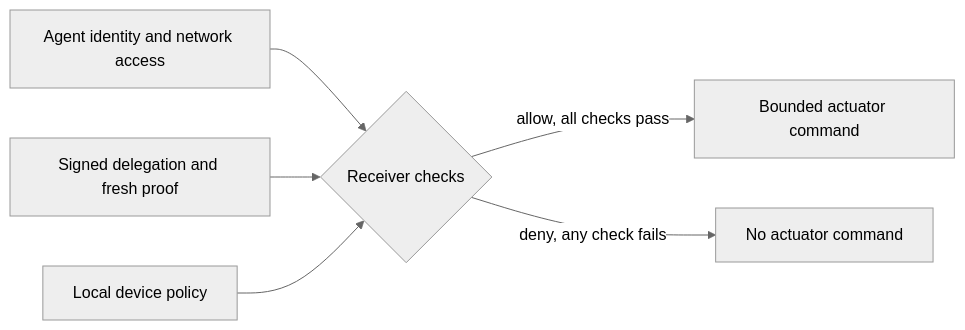
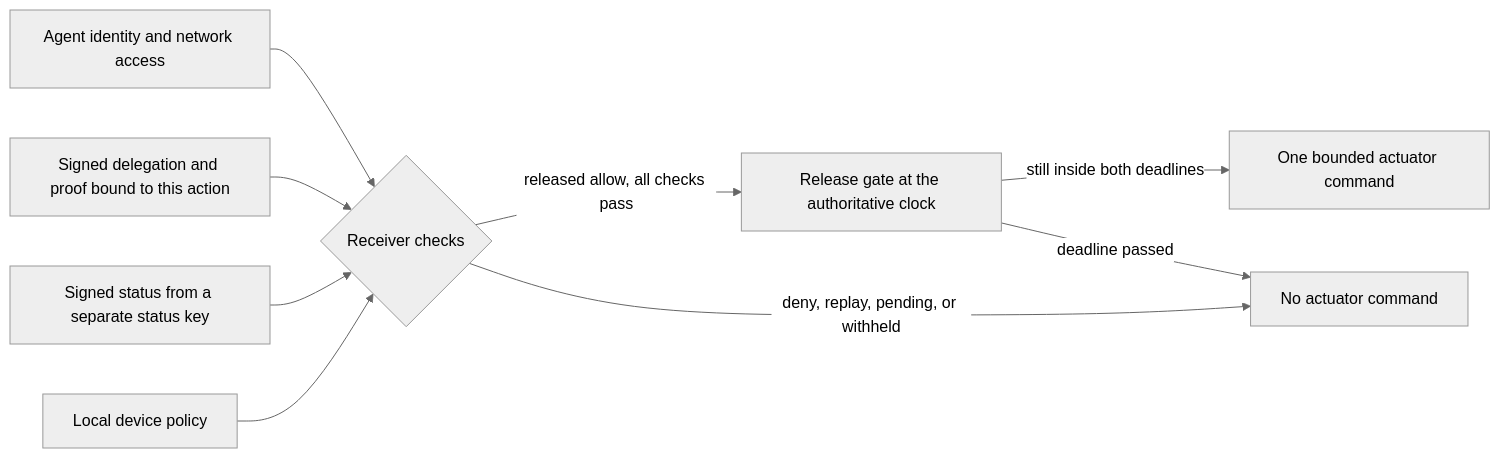
Before and after one commit to identities-ai/ratify-protocol: the first of 2 diagrams in references/physical-ai-edge-sentinel/README.md, drawn with Mermaid (neutral theme). The commit also changed other lines of this file and 876 other files, not shown here.

````diff
--- a/references/physical-ai-edge-sentinel/README.md
+++ b/references/physical-ai-edge-sentinel/README.md
@@ -22,8 +23,11 @@
 ```mermaid
 flowchart LR
   I[Agent identity and network access] --> C{Receiver checks}
-  D[Signed delegation and fresh proof] --> C
+  D[Signed delegation and proof bound to this action] --> C
+  S[Signed status from a separate status key] --> C
   P[Local device policy] --> C
-  C -->|allow, all checks pass| A[Bounded actuator command]
-  C -->|deny, any check fails| X[No actuator command]
+  C -->|released allow, all checks pass| G[Release gate at the authoritative clock]
+  G -->|still inside both deadlines| A[One bounded actuator command]
+  C -->|deny, replay, pending, or withheld| X[No actuator command]
+  G -->|deadline passed| X
 ```
````
